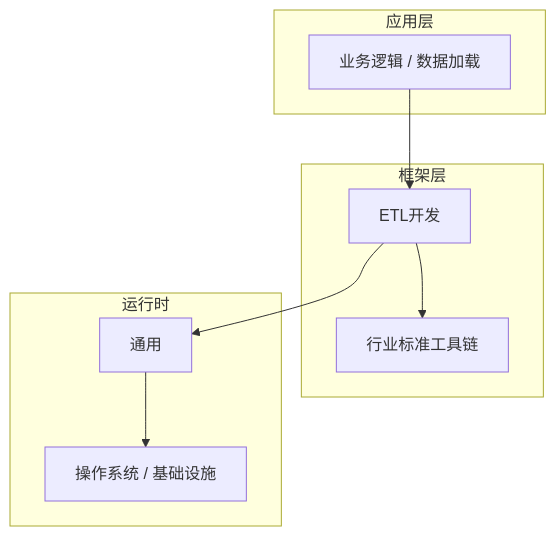
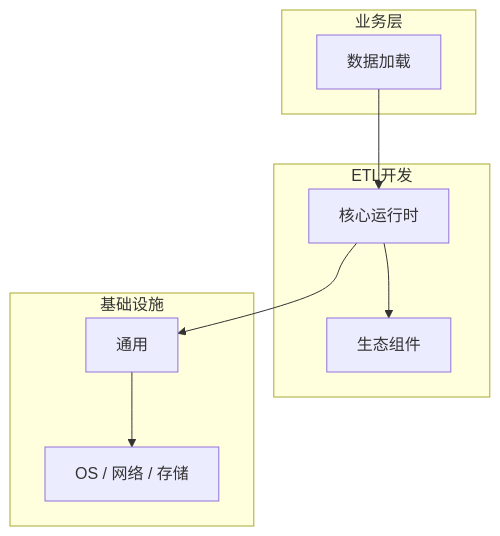
The diagram in articles/ETL开发/chapters/016-数据加载核心概念与原理.md (yanggan2015/knowledge-json-v2), drawn with Mermaid before and after one commit. The commit also changed other lines of this file and 10127 other files, not shown here.

````diff
--- a/articles/ETL开发/chapters/016-数据加载核心概念与原理.md
+++ b/articles/ETL开发/chapters/016-数据加载核心概念与原理.md
@@ -45,18 +34,18 @@
 ```mermaid
 graph TB
-    subgraph 应用层
-        A[业务逻辑 / 数据加载]
+    subgraph 业务层
+        A[数据加载]
     end
-    subgraph 框架层
-        B[ETL开发]
-        C[行业标准工具链]
+    subgraph ETL开发
+        B[核心运行时]
+        C[生态组件]
     end
-    subgraph 运行时
+    subgraph 基础设施
         D[通用]
-        E[操作系统 / 基础设施]
+        E[OS / 网络 / 存储]
     end
     A --> B
     B --> C
     B --> D
     D --> E
 ```
````
